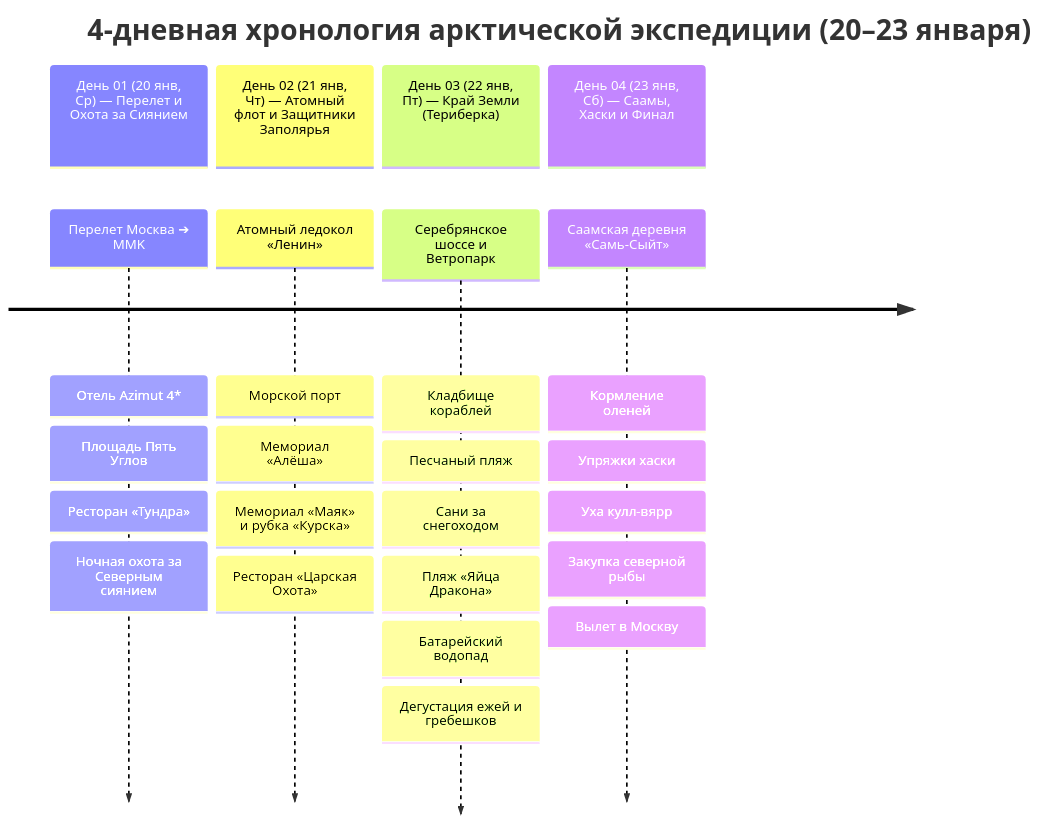
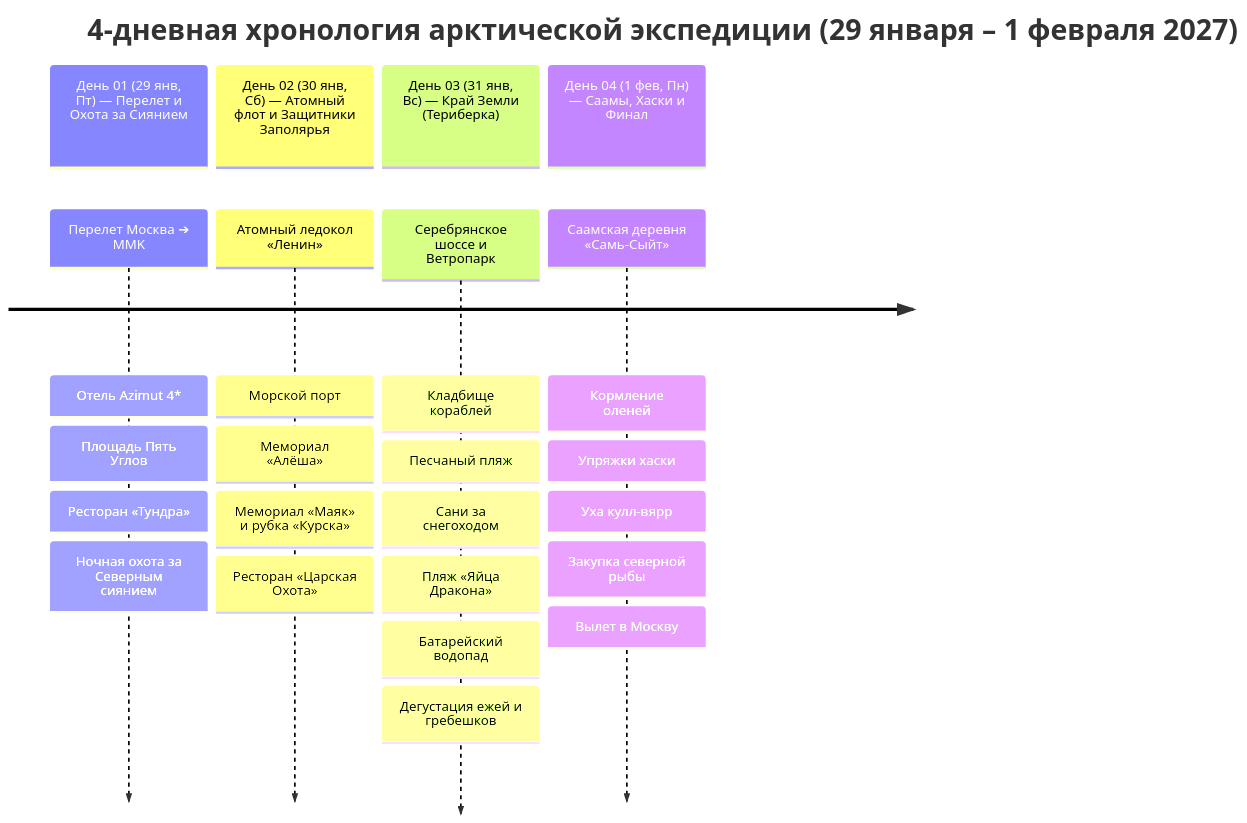
The diagram in Personal Note/Travel/-- Murmansk/02 - Маршрутный план/Маршрутный план.md (injurka/obsidian-mark), drawn with Mermaid before and after one commit. The commit also changed other lines of this file and 18 other files, not shown here.

````diff
--- a/Personal Note/Travel/-- Murmansk/02 - Маршрутный план/Маршрутный план.md
+++ b/Personal Note/Travel/-- Murmansk/02 - Маршрутный план/Маршрутный план.md
@@ -9,12 +9,12 @@
 ```mermaid
 timeline
-    title 4-дневная хронология арктической экспедиции (20–23 января)
-    section День 01 (20 янв, Ср) — Перелет и Охота за Сиянием
+    title 4-дневная хронология арктической экспедиции (29 января – 1 февраля 2027)
+    section День 01 (29 янв, Пт) — Перелет и Охота за Сиянием
         Перелет Москва ➔ MMK : Отель Azimut 4* : Площадь Пять Углов : Ресторан «Тундра» : Ночная охота за Северным сиянием
-    section День 02 (21 янв, Чт) — Атомный флот и Защитники Заполярья
+    section День 02 (30 янв, Сб) — Атомный флот и Защитники Заполярья
         Атомный ледокол «Ленин» : Морской порт : Мемориал «Алёша» : Мемориал «Маяк» и рубка «Курска» : Ресторан «Царская Охота»
-    section День 03 (22 янв, Пт) — Край Земли (Териберка)
+    section День 03 (31 янв, Вс) — Край Земли (Териберка)
         Серебрянское шоссе и Ветропарк : Кладбище кораблей : Песчаный пляж : Сани за снегоходом : Пляж «Яйца Дракона» : Батарейский водопад : Дегустация ежей и гребешков
-    section День 04 (23 янв, Сб) — Саамы, Хаски и Финал
+    section День 04 (1 фев, Пн) — Саамы, Хаски и Финал
         Саамская деревня «Самь-Сыйт» : Кормление оленей : Упряжки хаски : Уха кулл-вярр : Закупка северной рыбы : Вылет в Москву
 ```
````
